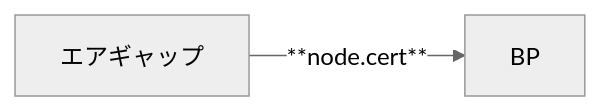
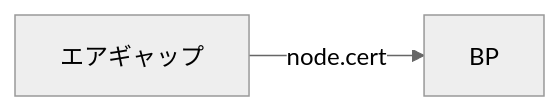
The second of 2 diagrams in docs/cardano/operation/kes-update.md (btbf/spojapanguild), drawn with Mermaid (neutral theme) before and after one commit. The commit also changed other lines of this file and 61 other files, not shown here.

````diff
--- a/docs/cardano/operation/kes-update.md
+++ b/docs/cardano/operation/kes-update.md
@@ -203,4 +203,4 @@
     ```mermaid
     graph LR
-        A[エアギャップ] -->|**node.cert**| B[BP];
+        A[エアギャップ] -->|node.cert| B[BP];
     ``` 
````
